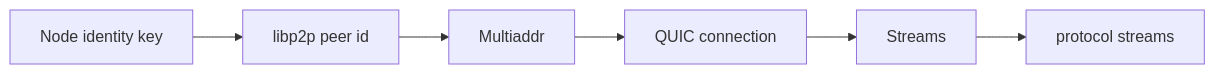
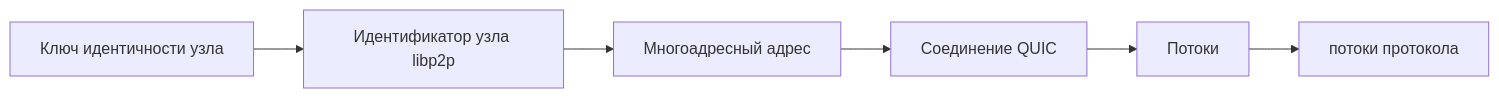
Before and after one commit to arshtanko/librevote: the fifth of 17 diagrams in librevote-presentation-ru.md, drawn with Mermaid. The commit also changed other lines of this file, not shown here.

````diff
--- a/librevote-presentation-ru.md
+++ b/librevote-presentation-ru.md
@@ -138,8 +164,8 @@
 ```mermaid
 flowchart LR
-  A[Node identity key] --> B[libp2p peer id]
-  B --> C[Multiaddr]
-  C --> D[QUIC connection]
-  D --> E[Streams]
-  E --> F["protocol streams"]
+  A[Ключ идентичности узла] --> B[Идентификатор узла libp2p]
+  B --> C[Многоадресный адрес]
+  C --> D[Соединение QUIC]
+  D --> E[Потоки]
+  E --> F["потоки протокола"]
 ```
````
